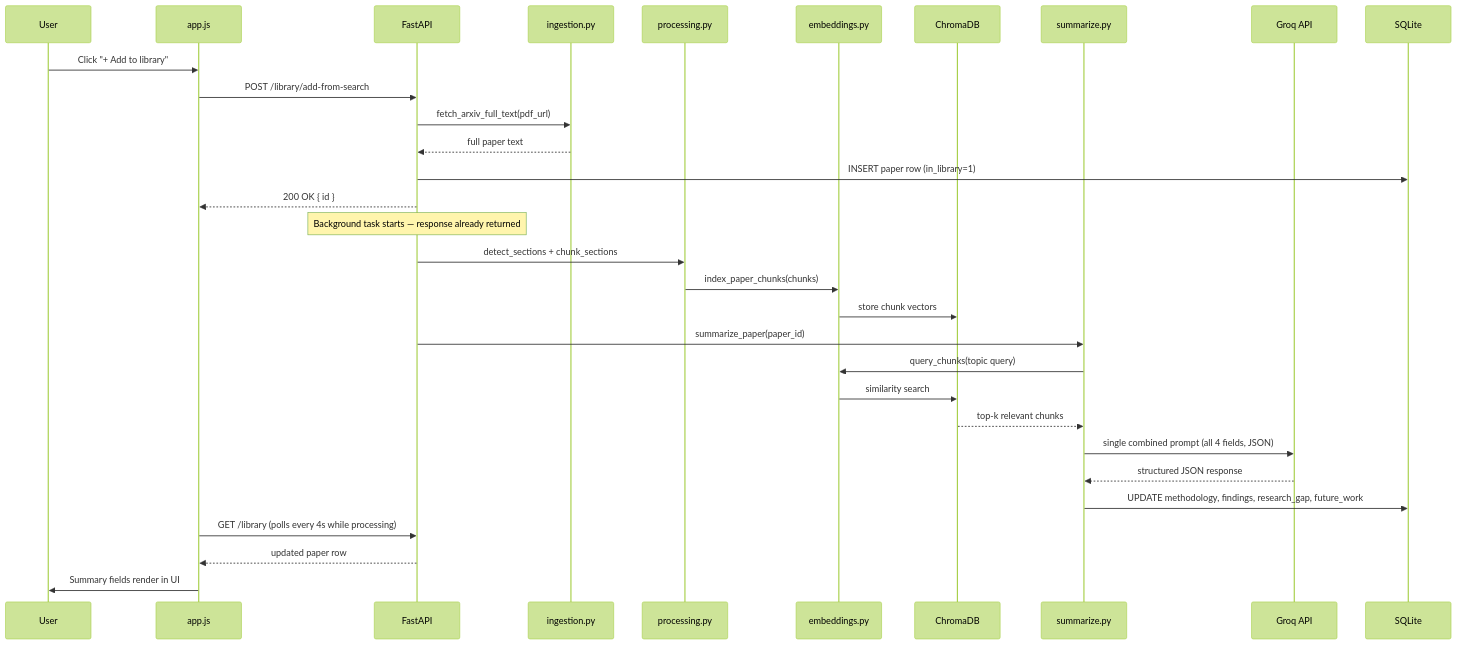
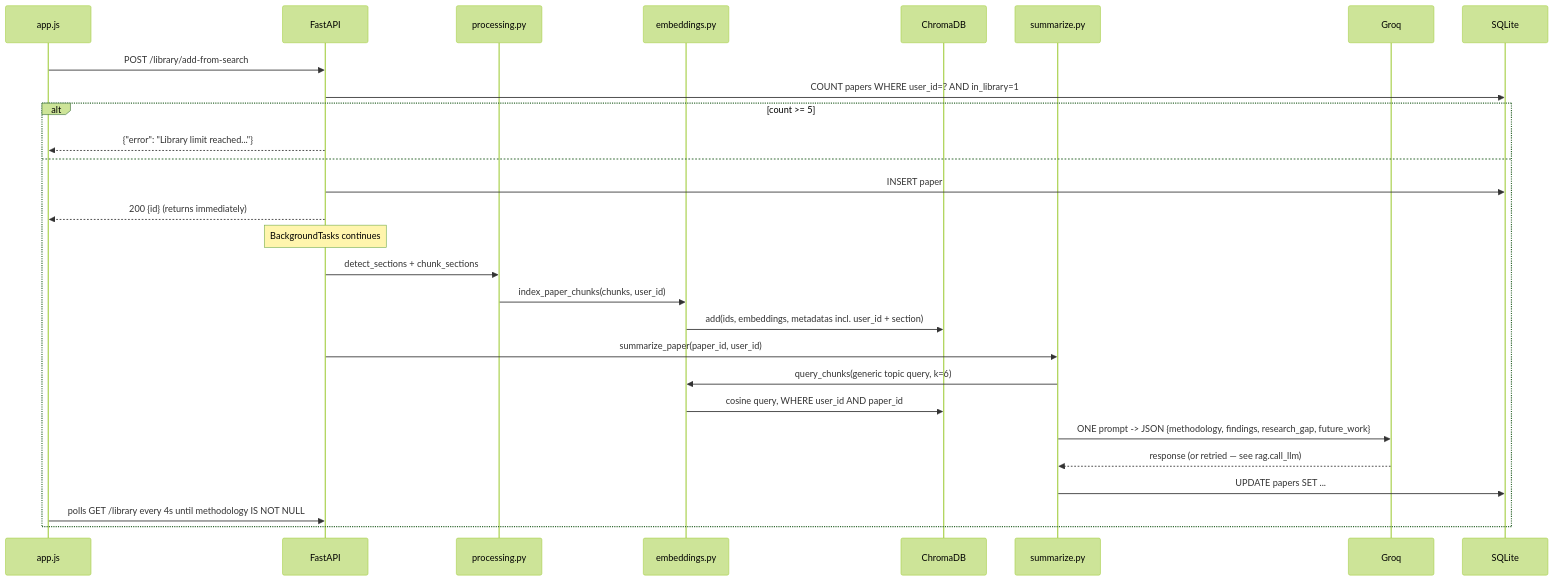
Before and after one commit to MOSHO1133/Echo: the third of 5 diagrams in README.md, drawn with Mermaid (forest theme). The commit also changed other lines of this file, not shown here.

````diff
--- a/README.md
+++ b/README.md
@@ -150,34 +249,30 @@
 ```mermaid
 sequenceDiagram
-    participant User
-    participant Frontend as app.js
-    participant API as FastAPI
-    participant Ingestion as ingestion.py
-    participant Processing as processing.py
-    participant Embed as embeddings.py
-    participant Chroma as ChromaDB
-    participant Summ as summarize.py
-    participant Groq as Groq API
-    participant DB as SQLite
-
-    User->>Frontend: Click "+ Add to library"
-    Frontend->>API: POST /library/add-from-search
-    API->>Ingestion: fetch_arxiv_full_text(pdf_url)
-    Ingestion-->>API: full paper text
-    API->>DB: INSERT paper row (in_library=1)
-    API-->>Frontend: 200 OK { id }
-    Note over API: Background task starts — response already returned
-    API->>Processing: detect_sections + chunk_sections
-    Processing->>Embed: index_paper_chunks(chunks)
-    Embed->>Chroma: store chunk vectors
-    API->>Summ: summarize_paper(paper_id)
-    Summ->>Embed: query_chunks(topic query)
-    Embed->>Chroma: similarity search
-    Chroma-->>Summ: top-k relevant chunks
-    Summ->>Groq: single combined prompt (all 4 fields, JSON)
-    Groq-->>Summ: structured JSON response
-    Summ->>DB: UPDATE methodology, findings, research_gap, future_work
-    Frontend->>API: GET /library (polls every 4s while processing)
-    API-->>Frontend: updated paper row
-    Frontend->>User: Summary fields render in UI
+    participant F as app.js
+    participant A as FastAPI
+    participant P as processing.py
+    participant E as embeddings.py
+    participant C as ChromaDB
+    participant S as summarize.py
+    participant Gq as Groq
+    participant D as SQLite
+    F->>A: POST /library/add-from-search
+    A->>D: COUNT papers WHERE user_id=? AND in_library=1
+    alt count >= 5
+        A-->>F: {"error": "Library limit reached..."}
+    else
+        A->>D: INSERT paper
+        A-->>F: 200 {id} (returns immediately)
+        Note over A: BackgroundTasks continues
+        A->>P: detect_sections + chunk_sections
+        P->>E: index_paper_chunks(chunks, user_id)
+        E->>C: add(ids, embeddings, metadatas incl. user_id + section)
+        A->>S: summarize_paper(paper_id, user_id)
+        S->>E: query_chunks(generic topic query, k=6)
+        E->>C: cosine query, WHERE user_id AND paper_id
+        S->>Gq: ONE prompt -> JSON {methodology, findings, research_gap, future_work}
+        Gq-->>S: response (or retried — see rag.call_llm)
+        S->>D: UPDATE papers SET ...
+        F->>A: polls GET /library every 4s until methodology IS NOT NULL
+    end
 ```
````
